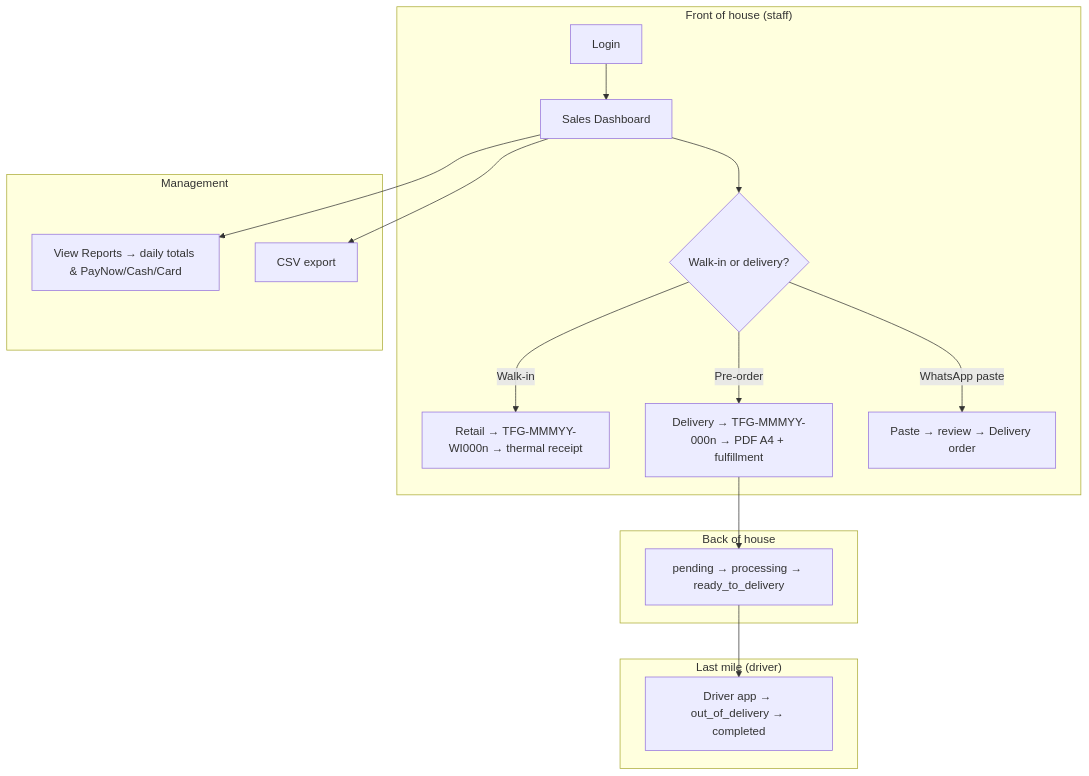
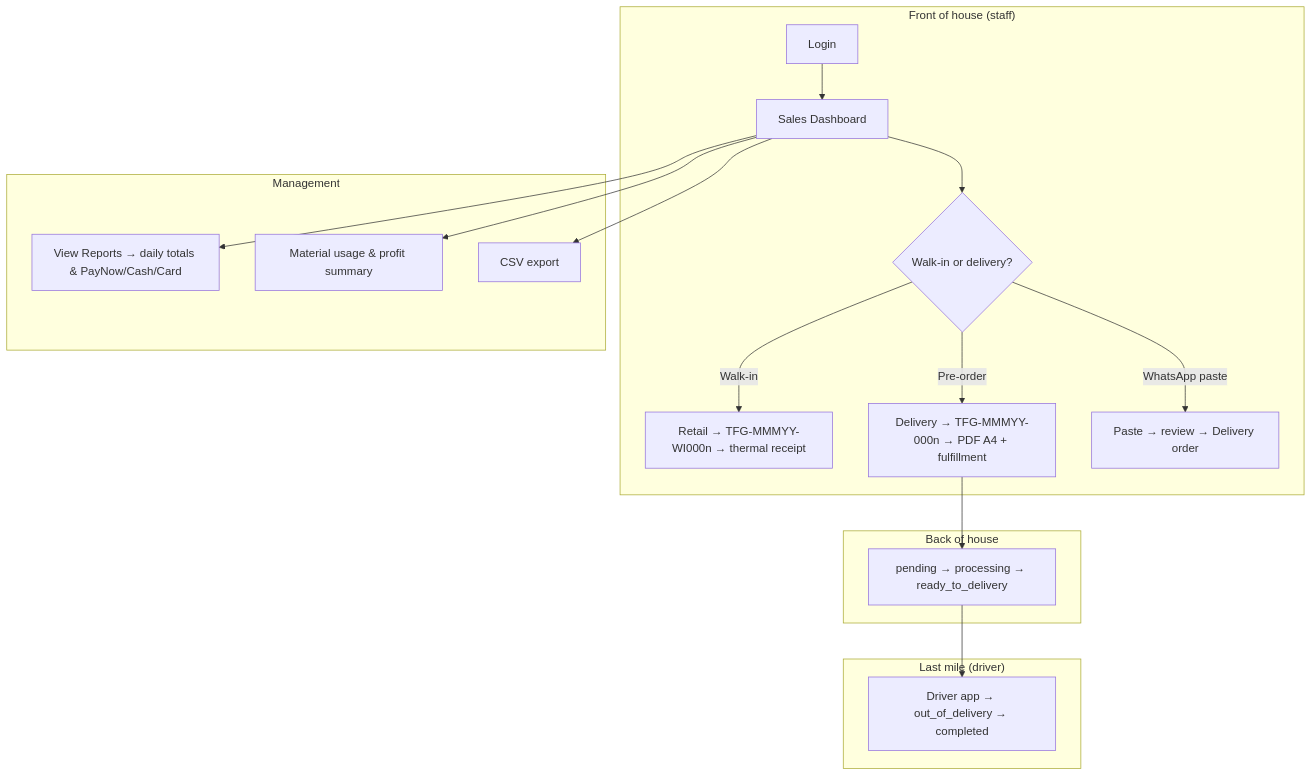
Before and after one commit to kahliantoo-rgb/tfg_vday: diagram 11 of 11 in docs/WORKFLOW.md, drawn with Mermaid. The commit also changed other lines of this file and 182 other files, not shown here.

````diff
--- a/docs/WORKFLOW.md
+++ b/docs/WORKFLOW.md
@@ -495,23 +619,24 @@
 ```mermaid
 flowchart TB
     subgraph Front["Front of house (staff)"]
         S1[Login] --> S2[Sales Dashboard]
         S2 --> S3{Walk-in or delivery?}
         S3 -->|Walk-in| S4[Retail → TFG-MMMYY-WI000n → thermal receipt]
         S3 -->|Pre-order| S5[Delivery → TFG-MMMYY-000n → PDF A4 + fulfillment]
         S3 -->|WhatsApp paste| S6[Paste → review → Delivery order]
     end
 
     subgraph Back["Back of house"]
         S5 --> B1[pending → processing → ready_to_delivery]
     end
 
     subgraph LastMile["Last mile (driver)"]
         B1 --> D1[Driver app → out_of_delivery → completed]
     end
 
     subgraph Insight["Management"]
         S2 --> R1[View Reports → daily totals & PayNow/Cash/Card]
-        S2 --> R2[CSV export]
+        S2 --> R2[Material usage & profit summary]
+        S2 --> R3[CSV export]
     end
 ```
````
